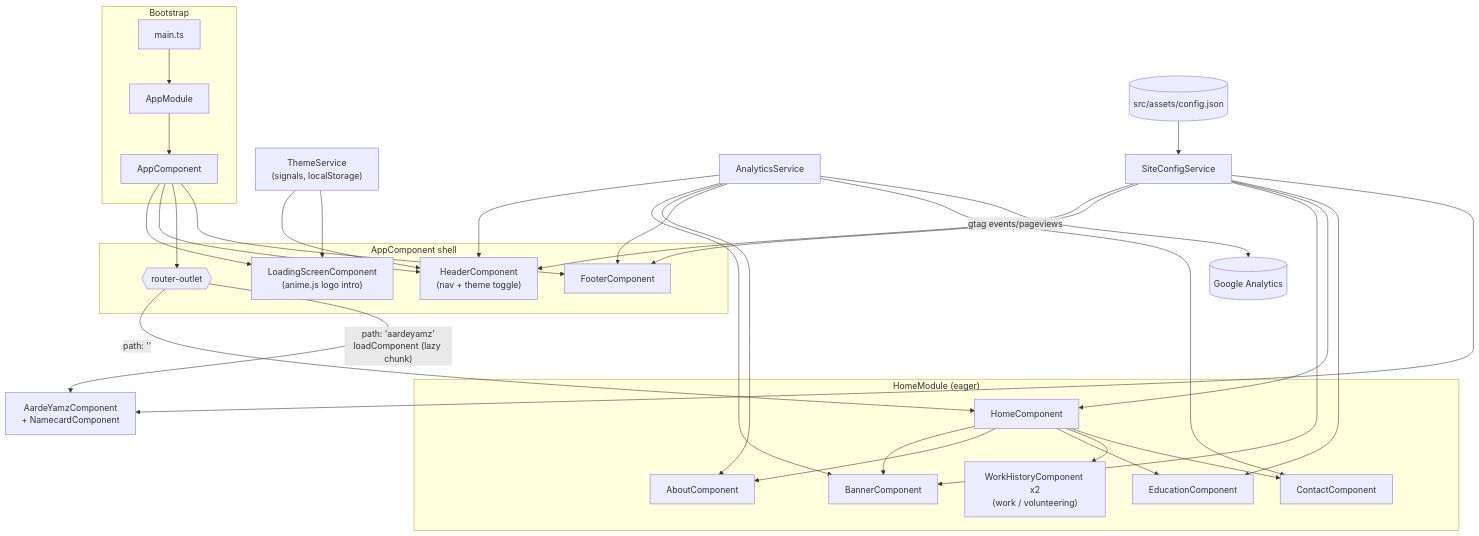
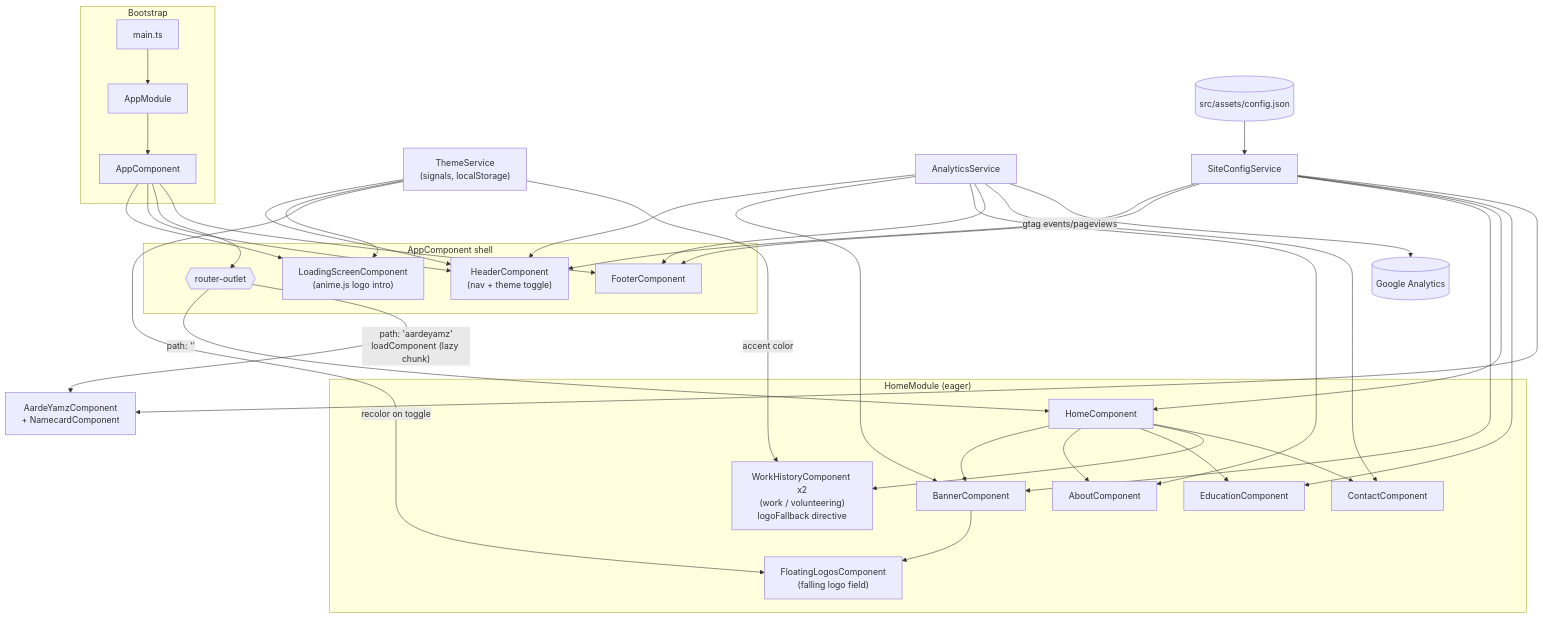
The first of 2 diagrams in README.md (AardeYamz/v3.yannislam.org), drawn with Mermaid before and after one commit. The commit also changed other lines of this file, not shown here.

First line of the commit message:
Update README: floating logos, logo fallback, GA

````diff
--- a/README.md
+++ b/README.md
@@ -75,43 +77,46 @@
 ```mermaid
 flowchart TB
     subgraph Bootstrap
         Main["main.ts"] --> AppModule
         AppModule --> AppComponent
     end
 
     subgraph "AppComponent shell"
         AppComponent --> LoadingScreen["LoadingScreenComponent<br/>(anime.js logo intro)"]
         AppComponent --> Header["HeaderComponent<br/>(nav + theme toggle)"]
         AppComponent --> Outlet{{"router-outlet"}}
         AppComponent --> Footer["FooterComponent"]
     end
 
     Outlet -->|"path: ''"| Home["HomeComponent"]
     Outlet -->|"path: 'aardeyamz'<br/>loadComponent (lazy chunk)"| AardeYamz["AardeYamzComponent<br/>+ NamecardComponent"]
 
     subgraph "HomeModule (eager)"
         Home --> Banner["BannerComponent"]
+        Banner --> FloatingLogos["FloatingLogosComponent<br/>(falling logo field)"]
         Home --> About["AboutComponent"]
         Home --> Education["EducationComponent"]
-        Home --> WorkHistory["WorkHistoryComponent x2<br/>(work / volunteering)"]
+        Home --> WorkHistory["WorkHistoryComponent x2<br/>(work / volunteering)<br/>logoFallback directive"]
         Home --> Contact["ContactComponent"]
     end
 
     Config[("src/assets/config.json")] --> SiteConfigService
     SiteConfigService --> Header
     SiteConfigService --> Footer
     SiteConfigService --> Banner
     SiteConfigService --> Home
     SiteConfigService --> Education
     SiteConfigService --> AardeYamz
 
     ThemeService["ThemeService<br/>(signals, localStorage)"] --> Header
     ThemeService --> LoadingScreen
+    ThemeService -->|"recolor on toggle"| FloatingLogos
+    ThemeService -->|"accent color"| WorkHistory
 
     AnalyticsService --> Header
     AnalyticsService --> Banner
     AnalyticsService --> About
     AnalyticsService --> Footer
     AnalyticsService --> Contact
     AnalyticsService -->|"gtag events/pageviews"| GA[("Google Analytics")]
 ```
````
